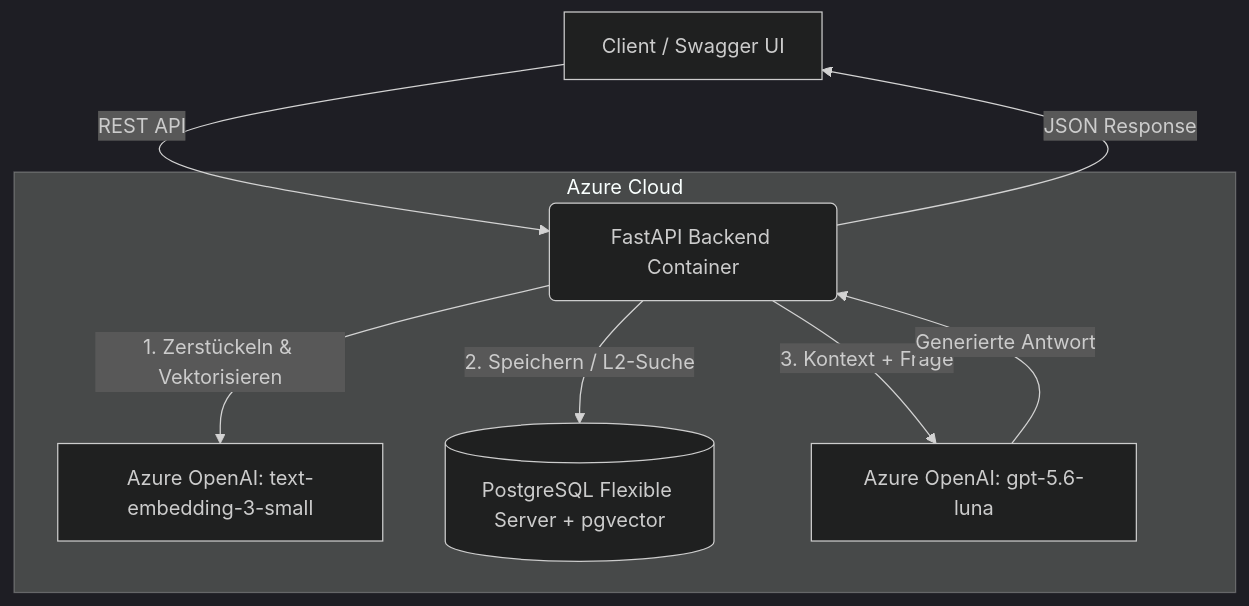
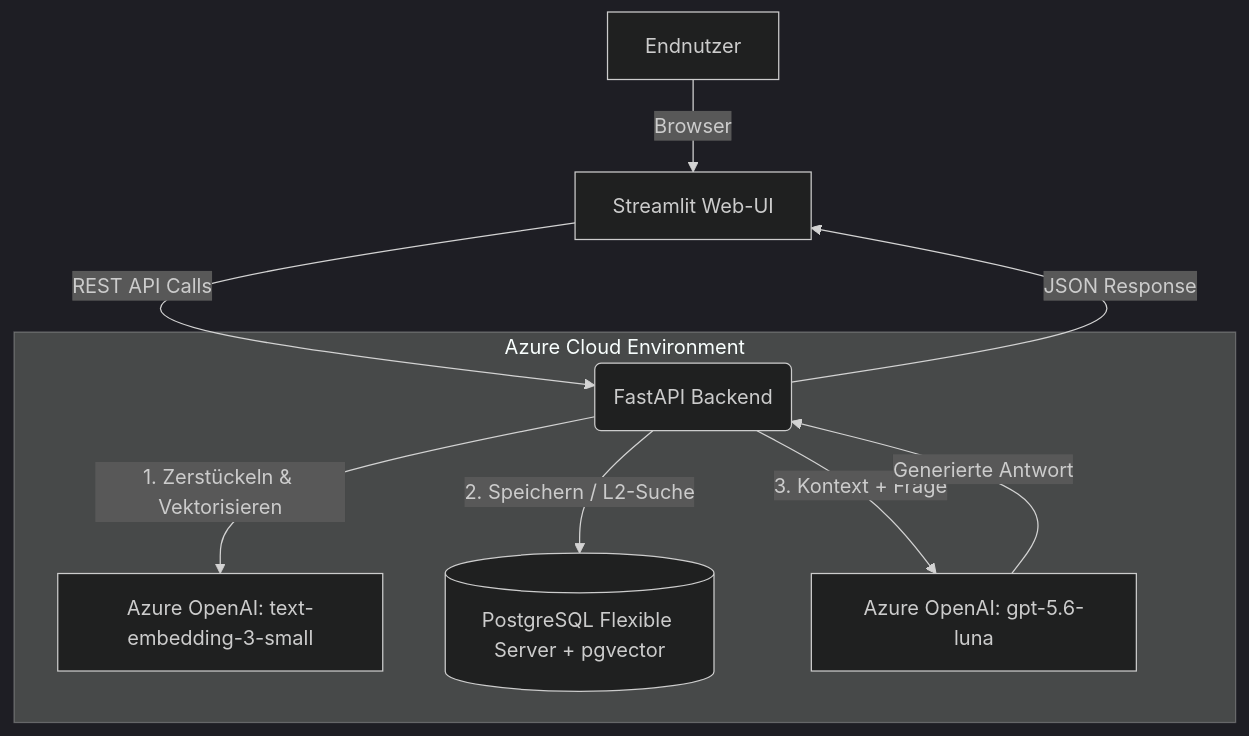
The diagram in Projects/azure-enterprise-rag/README.md (Marziehfth95/Lernen-und-Projekte), drawn with Mermaid (dark theme) before and after one commit. The commit also changed other lines of this file and 1 other file, not shown here.

Commit message:
feat: add interactive Streamlit frontend and update architecture documentation

````diff
--- a/Projects/azure-enterprise-rag/README.md
+++ b/Projects/azure-enterprise-rag/README.md
@@ -28,14 +29,15 @@
 ```mermaid
 graph TD
-    A[Client / Swagger UI] -->|REST API| B(FastAPI Backend Container)
+    A[Endnutzer] -->|Browser| F[Streamlit Web-UI]
+    F -->|REST API Calls| B(FastAPI Backend)
     
-    subgraph Azure Cloud
+    subgraph Azure Cloud Environment
         B -->|1. Zerstückeln & Vektorisieren| C[Azure OpenAI: text-embedding-3-small]
         B -->|2. Speichern / L2-Suche| D[(PostgreSQL Flexible Server + pgvector)]
         B -->|3. Kontext + Frage| E[Azure OpenAI: gpt-5.6-luna]
     end
     
     E -->|Generierte Antwort| B
-    B -->|JSON Response| A
+    B -->|JSON Response| F
 
 ```
````
